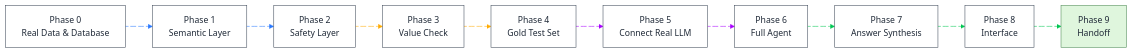
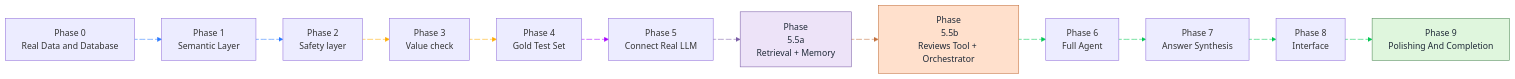
Before and after one commit to Yuvrajtakk/logistics_chatbot: diagram 14 of 14 in Flowcharts_Mermaid_Source.md, drawn with Mermaid. The commit also changed other lines of this file and 3 other files, not shown here.

````diff
--- a/Flowcharts_Mermaid_Source.md
+++ b/Flowcharts_Mermaid_Source.md
@@ -399,46 +609,48 @@
 ```mermaid
+---
+config:
+  layout: fixed
+---
 flowchart LR
-    P0["Phase 0<br/>Real Data & Database"]
-    P1["Phase 1<br/>Semantic Layer"]
-    P2["Phase 2<br/>Safety Layer"]
-    P3["Phase 3<br/>Value Check"]
-    P4["Phase 4<br/>Gold Test Set"]
-    P5["Phase 5<br/>Connect Real LLM"]
-    P6["Phase 6<br/>Full Agent"]
-    P7["Phase 7<br/>Answer Synthesis"]
-    P8["Phase 8<br/>Interface"]
-    P9["Phase 9<br/>Handoff"]:::good
+    P0["Phase 0 <br>Real Data and Database"] L_P0_P1_0@--> P1["Phase 1 <br>Semantic Layer"]
+    P1 L_P1_P2_0@--> P2["Phase 2<br>Safety layer"]
+    P2 L_P2_P3_0@--> P3["Phase 3<br>Value check"]
+    P3 L_P3_P4_0@--> P4["Phase 4<br>Gold Test Set"]
+    P4 L_P4_P5_0@--> P5["Phase 5<br>Connect Real LLM"]
+    P5 L_P5_P55a_0@--> P55a["Phase<br> 5.5a<br>Retrieval + Memory"]
+    P55a L_P55a_P55b_0@--> P55b["Phase<br> 5.5b<br>Reviews Tool + Orchestrator"]
+    P55b L_P55b_P6_0@--> P6["Phase 6<br>Full Agent"]
+    P6 L_P6_P7_0@--> P7["Phase 7<br>Answer Synthesis"]
+    P7 L_P7_P8_0@--> P8["Phase 8<br>Interface"]
+    P8 L_P8_P9_0@--> P9["Phase 9<br>Polishing And Completion"]
 
-    P0 L_P0_P1_0@--> P1
-    P1 L_P1_P2_0@--> P2
-    P2 L_P2_P3_0@--> P3
-    P3 L_P3_P4_0@--> P4
-    P4 L_P4_P5_0@--> P5
-    P5 L_P5_P6_0@--> P6
-    P6 L_P6_P7_0@--> P7
-    P7 L_P7_P8_0@--> P8
-    P8 L_P8_P9_0@--> P9
-
-    classDef default fill:#FFFFFF,stroke:#3F4A5A,color:#1F2937
+     P55a:::memory
+     P55b:::route
+     P9:::good
     classDef good fill:#DFF6DD,stroke:#4F8A57,color:#1F2937
-
+    classDef memory fill:#EDE3F8,stroke:#7B5EA7,color:#1F2937
+    classDef route fill:#FFE0CC,stroke:#C2703D,color:#1F2937
     linkStyle 0 stroke:#2979FF,fill:none
     linkStyle 1 stroke:#2979FF,fill:none
     linkStyle 2 stroke:#FFAB00,fill:none
     linkStyle 3 stroke:#FFAB00,fill:none
     linkStyle 4 stroke:#AA00FF,fill:none
-    linkStyle 5 stroke:#AA00FF,fill:none
-    linkStyle 6 stroke:#00C853,fill:none
+    linkStyle 5 stroke:#7B5EA7,fill:none
+    linkStyle 6 stroke:#C2703D,fill:none
     linkStyle 7 stroke:#00C853,fill:none
     linkStyle 8 stroke:#00C853,fill:none
+    linkStyle 9 stroke:#00C853,fill:none
+    linkStyle 10 stroke:#00C853,fill:none
 
-    L_P0_P1_0@{ animation: slow }
-    L_P1_P2_0@{ animation: slow }
-    L_P2_P3_0@{ animation: slow }
-    L_P3_P4_0@{ animation: slow }
-    L_P4_P5_0@{ animation: slow }
-    L_P5_P6_0@{ animation: slow }
-    L_P6_P7_0@{ animation: slow }
-    L_P7_P8_0@{ animation: slow }
+    L_P0_P1_0@{ animation: slow } 
+    L_P1_P2_0@{ animation: slow } 
+    L_P2_P3_0@{ animation: slow } 
+    L_P3_P4_0@{ animation: slow } 
+    L_P4_P5_0@{ animation: slow } 
+    L_P5_P55a_0@{ animation: slow } 
+    L_P55a_P55b_0@{ animation: slow } 
+    L_P55b_P6_0@{ animation: slow } 
+    L_P6_P7_0@{ animation: slow } 
+    L_P7_P8_0@{ animation: slow } 
     L_P8_P9_0@{ animation: slow }
 ```
````
